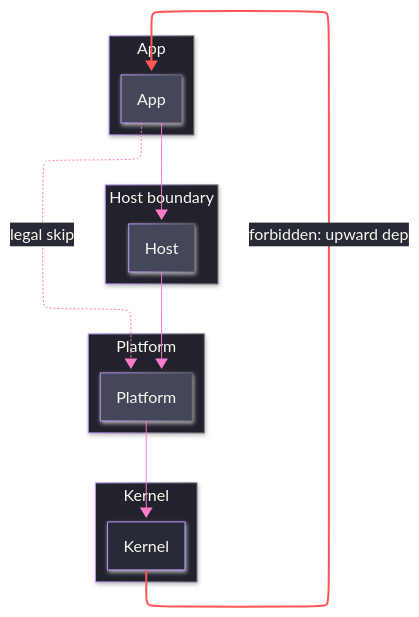
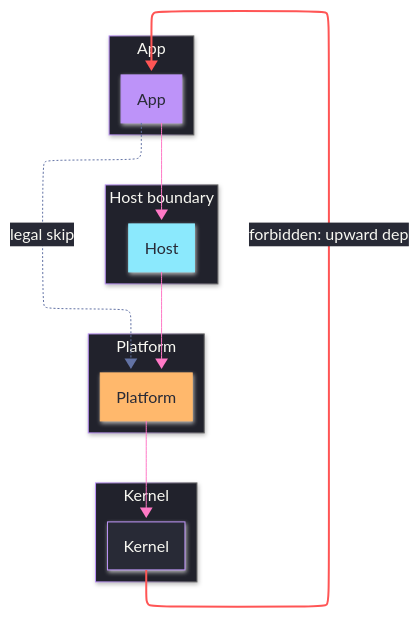
The diagram in .claude/skills/mermaid-diagramming/templates/strata.mmd.md (bsamiee/Rasm), drawn with Mermaid before and after one commit. The commit also changed other lines of this file and 55 other files, not shown here.

````diff
--- a/.claude/skills/mermaid-diagramming/templates/strata.mmd.md
+++ b/.claude/skills/mermaid-diagramming/templates/strata.mmd.md
@@ -5,43 +5,51 @@
 ```mermaid
 ---
 config:
   layout: elk
   look: neo
   theme: base
   themeVariables:
     darkMode: true
     background: "#282A36"
     primaryColor: "#44475A"
     primaryTextColor: "#F8F8F2"
     primaryBorderColor: "#BD93F9"
     lineColor: "#FF79C6"
     textColor: "#F8F8F2"
     clusterBkg: "#21222C"
     clusterBorder: "#6272A4"
     edgeLabelBackground: "#282A36"
     titleColor: "#F8F8F2"
+    fontFamily: "monospace"
 ---
 flowchart TB
     accTitle: Stratum dependency law
     accDescr: Four stacked strata with downward-only dependency edges, one dashed legal skip edge, and one forbidden upward edge styled red and marked prohibited.
     subgraph L4[App]
         App[App]
     end
     subgraph L3[Host boundary]
         Host[Host]
     end
     subgraph L2[Platform]
         Platform[Platform]
     end
     subgraph L1[Kernel]
         Kernel[Kernel]
     end
     App --> Host
     Host --> Platform
     Platform --> Kernel
     App -.->|legal skip| Platform
     Kernel -->|"forbidden: upward dep"| App
+    linkStyle 3 stroke:#6272A4
     linkStyle 4 stroke:#FF5555,stroke-width:2px,color:#FF5555
+    classDef stratumApp fill:#BD93F9,stroke:#BD93F9,color:#282A36
+    classDef stratumHost fill:#8BE9FD,stroke:#8BE9FD,color:#282A36
+    classDef stratumPlatform fill:#FFB86C,stroke:#FFB86C,color:#282A36
     classDef boundary fill:#282A36,stroke:#BD93F9,color:#F8F8F2
+    class App stratumApp
+    class Host stratumHost
+    class Platform stratumPlatform
     class Kernel boundary
 ```
````
